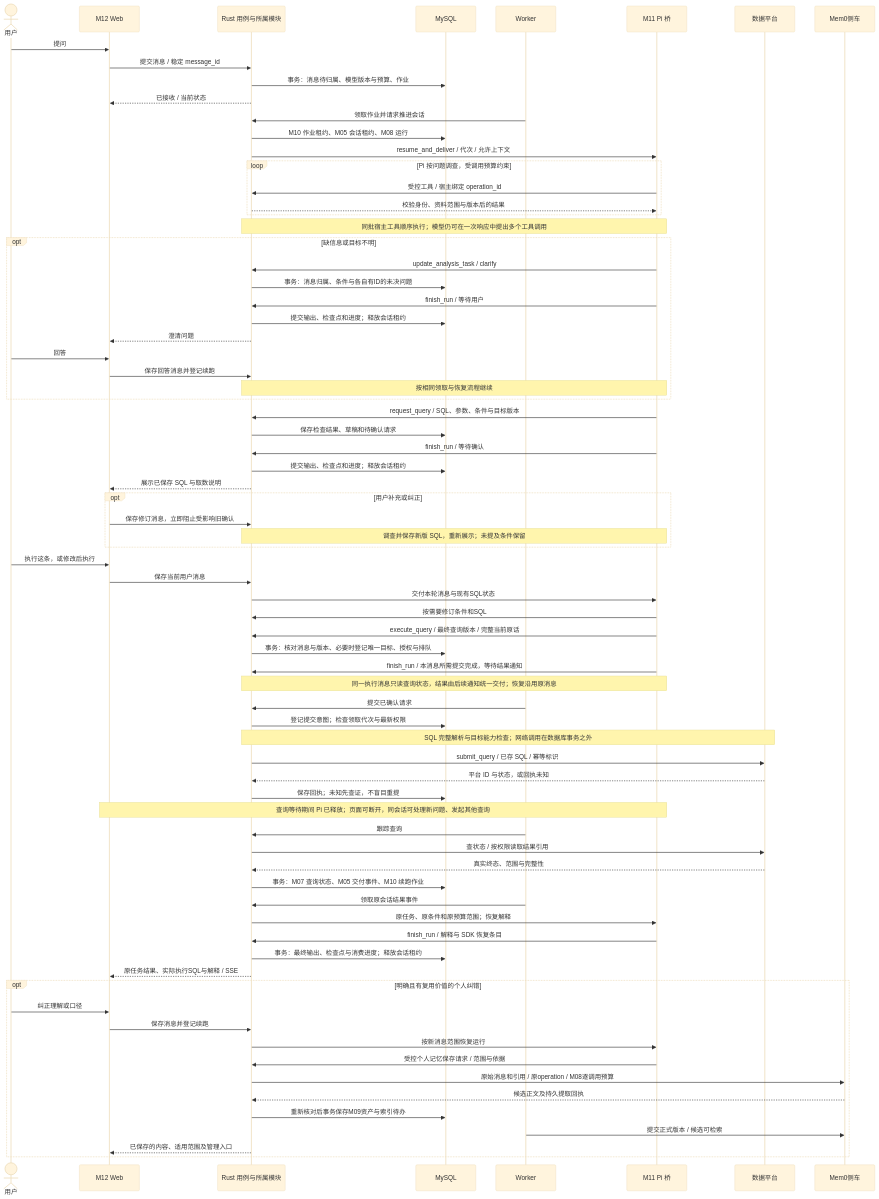
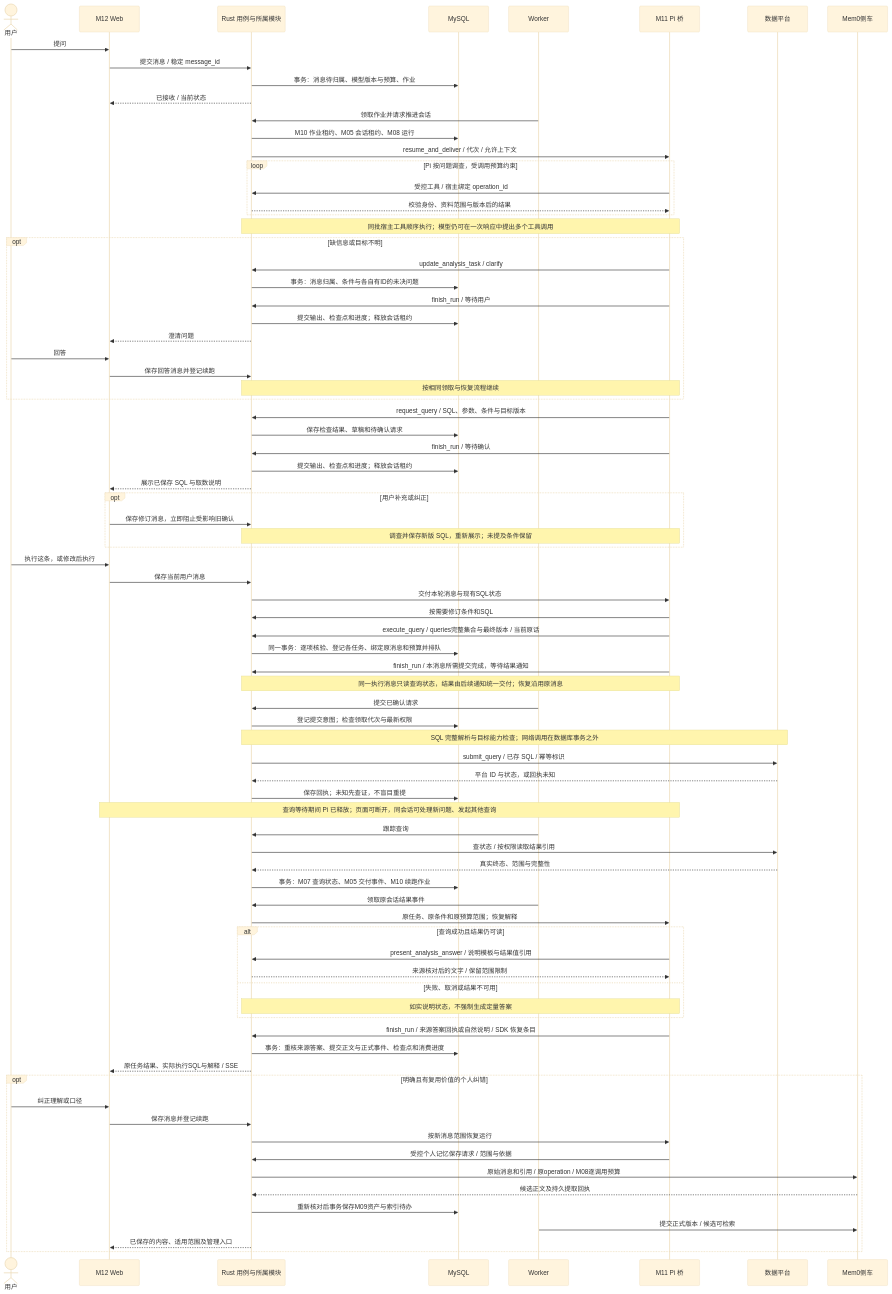
The third of 12 diagrams in docs/architecture/implementation-views.md (yaoziyaoguai/data_agent), drawn with Mermaid (base theme) before and after one commit. The commit also changed other lines of this file and 18 other files, not shown here.

```diff
--- a/docs/architecture/implementation-views.md
+++ b/docs/architecture/implementation-views.md
@@ -124,8 +124,8 @@
   W->>R: 保存当前用户消息
   R->>P: 交付本轮消息与现有SQL状态
   P->>R: 按需要修订条件和SQL
-  P->>R: execute_query / 最终查询版本 / 完整当前原话
-  R->>D: 事务：核对消息与版本、必要时登记唯一目标、授权与排队
+  P->>R: execute_query / queries完整集合与最终版本 / 当前原话
+  R->>D: 同一事务：逐项核验、登记各任务、绑定原消息和预算并排队
   P->>R: finish_run / 本消息所需提交完成，等待结果通知
   Note over R,P: 同一执行消息只读查询状态，结果由后续通知统一交付；恢复沿用原消息
   B->>R: 提交已确认请求
@@ -141,8 +141,14 @@
   R->>D: 事务：M07 查询状态、M05 交付事件、M10 续跑作业
   B->>R: 领取原会话结果事件
   R->>P: 原任务、原条件和原预算范围；恢复解释
-  P->>R: finish_run / 解释与 SDK 恢复条目
-  R->>D: 事务：最终输出、检查点与消费进度；释放会话租约
+  alt 查询成功且结果仍可读
+    P->>R: present_analysis_answer / 说明模板与结果值引用
+    R-->>P: 来源核对后的文字 / 保留范围限制
+  else 失败、取消或结果不可用
+    Note over R,P: 如实说明状态，不强制生成定量答案
+  end
+  P->>R: finish_run / 来源答案回执或自然说明 / SDK 恢复条目
+  R->>D: 事务：重核来源答案、提交正文与正式事件、检查点和消费进度
   R-->>W: 原任务结果、实际执行SQL与解释 / SSE
   opt 明确且有复用价值的个人纠错
     U->>W: 纠正理解或口径
```
